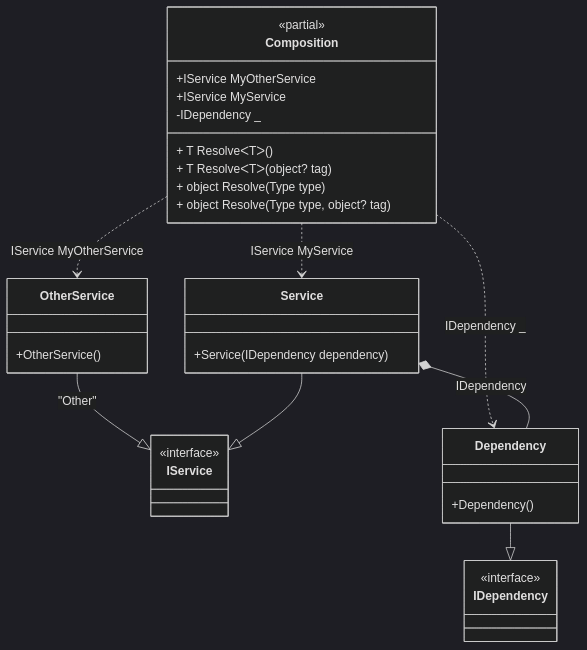
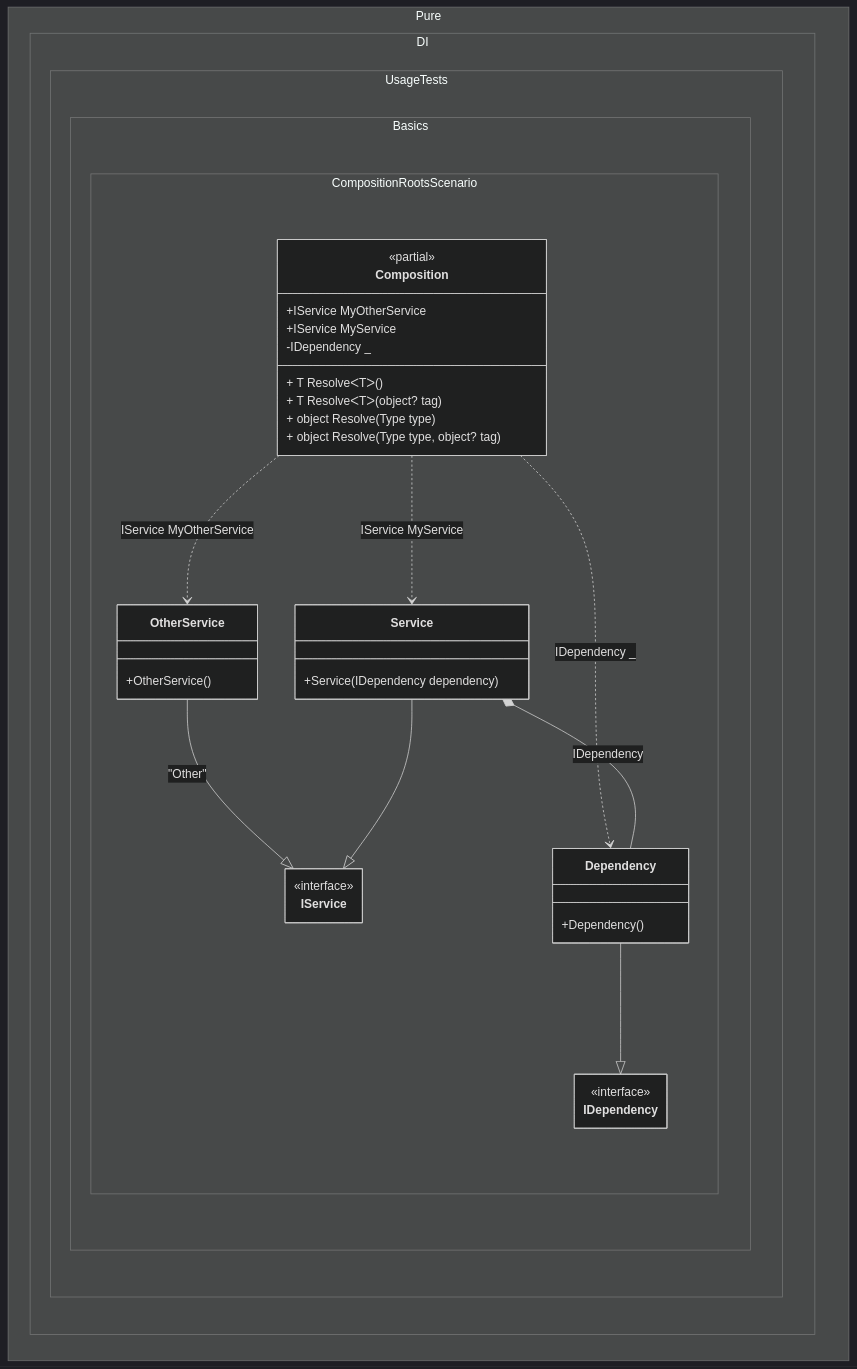
Before and after one commit to DevTeam/Pure.DI: the diagram in readme/composition-roots.md, drawn with Mermaid (dark theme). The commit also changed 103 other files, not shown here.

Commit message:
Improved class diagrams

````diff
--- a/readme/composition-roots.md
+++ b/readme/composition-roots.md
@@ -265,35 +265,42 @@
 ```mermaid
+---
+ config:
+  class:
+   hideEmptyMembersBox: true
+---
 classDiagram
-	class Composition {
+	OtherService --|> IService : "Other" 
+	Dependency --|> IDependency
+	Service --|> IService
+	Composition ..> OtherService : IService MyOtherService
+	Composition ..> Dependency : IDependency _
+	Composition ..> Service : IService MyService
+	Service *--  Dependency : IDependency
+	namespace Pure.DI.UsageTests.Basics.CompositionRootsScenario {
+		class Composition {
 		<<partial>>
 		+IService MyOtherService
 		+IService MyService
 		-IDependency _
 		+ T ResolveᐸTᐳ()
 		+ T ResolveᐸTᐳ(object? tag)
 		+ object Resolve(Type type)
 		+ object Resolve(Type type, object? tag)
+		}
+		class Dependency {
+			+Dependency()
+		}
+		class IDependency {
+			<<interface>>
+		}
+		class IService {
+			<<interface>>
+		}
+		class OtherService {
+			+OtherService()
+		}
+		class Service {
+			+Service(IDependency dependency)
+		}
 	}
-	OtherService --|> IService : "Other" 
-	class OtherService {
-		+OtherService()
-	}
-	Dependency --|> IDependency
-	class Dependency {
-		+Dependency()
-	}
-	Service --|> IService
-	class Service {
-		+Service(IDependency dependency)
-	}
-	class IService {
-		<<interface>>
-	}
-	class IDependency {
-		<<interface>>
-	}
-	Composition ..> OtherService : IService MyOtherService
-	Composition ..> Dependency : IDependency _
-	Composition ..> Service : IService MyService
-	Service *--  Dependency : IDependency
 ```
````
